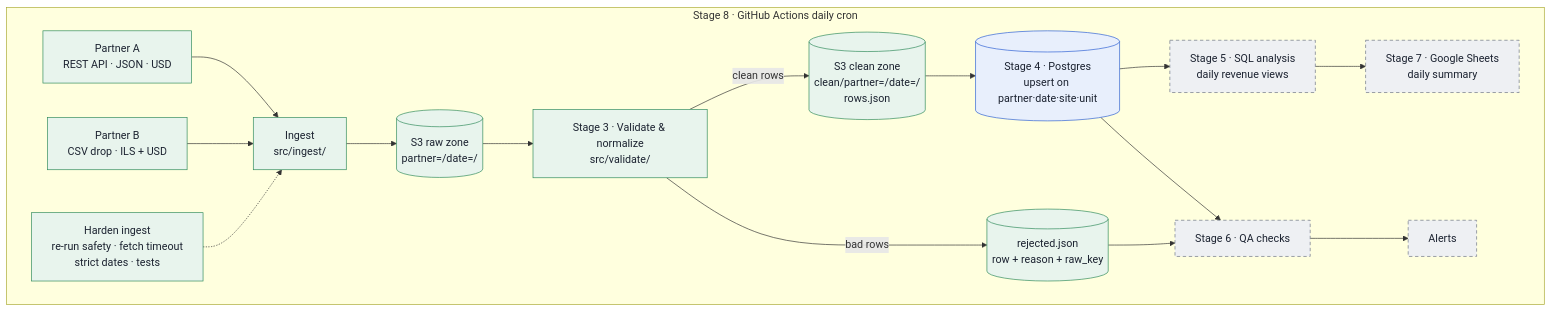
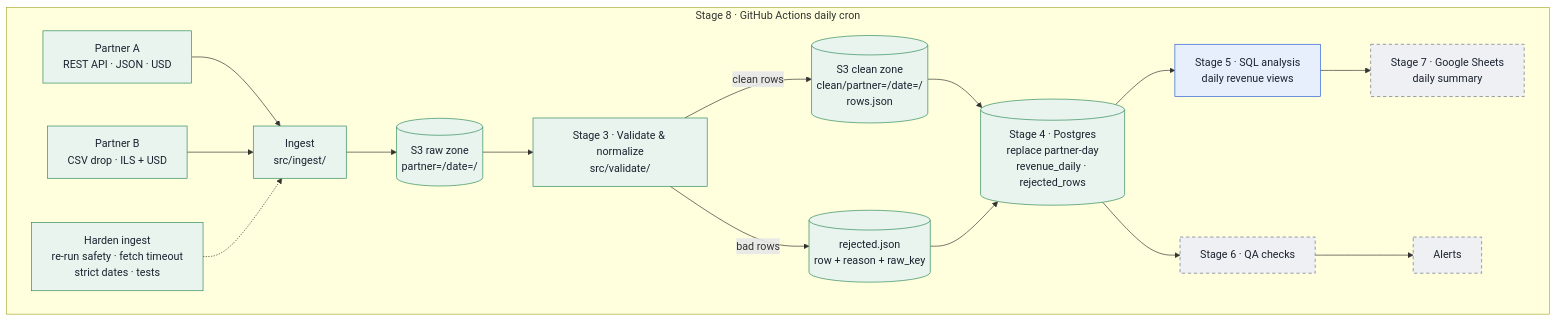
Before and after one commit to RonEstrin12/adtech-revenue-pipeline: the diagram in docs/ARCHITECTURE.md, drawn with Mermaid. The commit also changed other lines of this file and 17 other files, not shown here.

First line of the commit message:
Add stage 4: idempotent Postgres load

````diff
--- a/docs/ARCHITECTURE.md
+++ b/docs/ARCHITECTURE.md
@@ -6,35 +6,35 @@
 ```mermaid
 flowchart LR
     subgraph sched["Stage 8 · GitHub Actions daily cron"]
         direction LR
         A["Partner A<br/>REST API · JSON · USD"]:::done
         B["Partner B<br/>CSV drop · ILS + USD"]:::done
         ING["Ingest<br/>src/ingest/"]:::done
         FIX["Harden ingest<br/>re-run safety · fetch timeout<br/>strict dates · tests"]:::done
         RAW[("S3 raw zone<br/>partner=/date=/")]:::done
         VAL["Stage 3 · Validate & normalize<br/>src/validate/"]:::done
         CLEAN[("S3 clean zone<br/>clean/partner=/date=/<br/>rows.json")]:::done
         REJ[("rejected.json<br/>row + reason + raw_key")]:::done
-        PG[("Stage 4 · Postgres<br/>upsert on partner·date·site·unit")]:::next
-        SQL["Stage 5 · SQL analysis<br/>daily revenue views"]:::later
+        PG[("Stage 4 · Postgres<br/>replace partner-day<br/>revenue_daily · rejected_rows")]:::done
+        SQL["Stage 5 · SQL analysis<br/>daily revenue views"]:::next
         QA["Stage 6 · QA checks"]:::later
         AL["Alerts"]:::later
         GS["Stage 7 · Google Sheets<br/>daily summary"]:::later
 
         A --> ING
         B --> ING
         FIX -.-> ING
         ING --> RAW --> VAL
         VAL -- clean rows --> CLEAN --> PG
         VAL -- bad rows --> REJ
         PG --> SQL --> GS
         PG --> QA
-        REJ --> QA
+        REJ --> PG
         QA --> AL
     end
 
     classDef done fill:#e8f4ed,stroke:#2f8a5b,color:#1b2230
     classDef fix fill:#fdf1df,stroke:#b26a00,color:#1b2230
     classDef next fill:#e8effc,stroke:#2c5fd4,color:#1b2230
     classDef later fill:#eef0f3,stroke:#6b7385,stroke-dasharray:5 4,color:#1b2230
 ```
````
